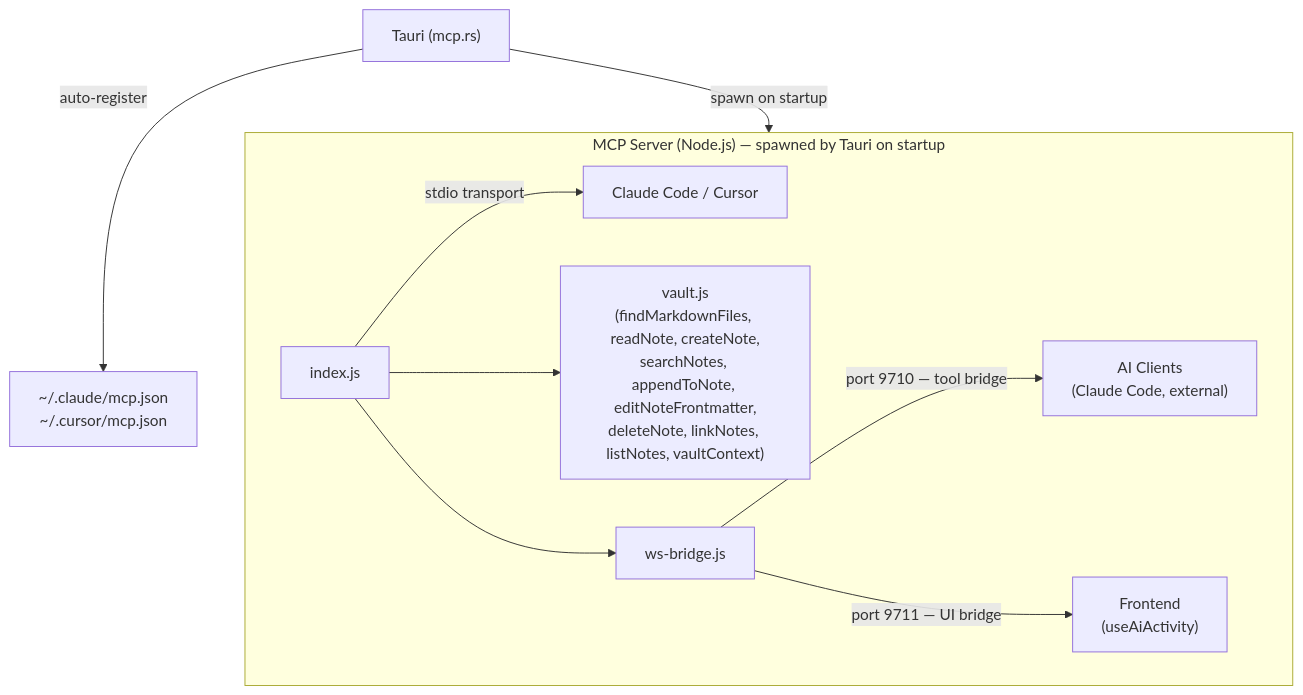
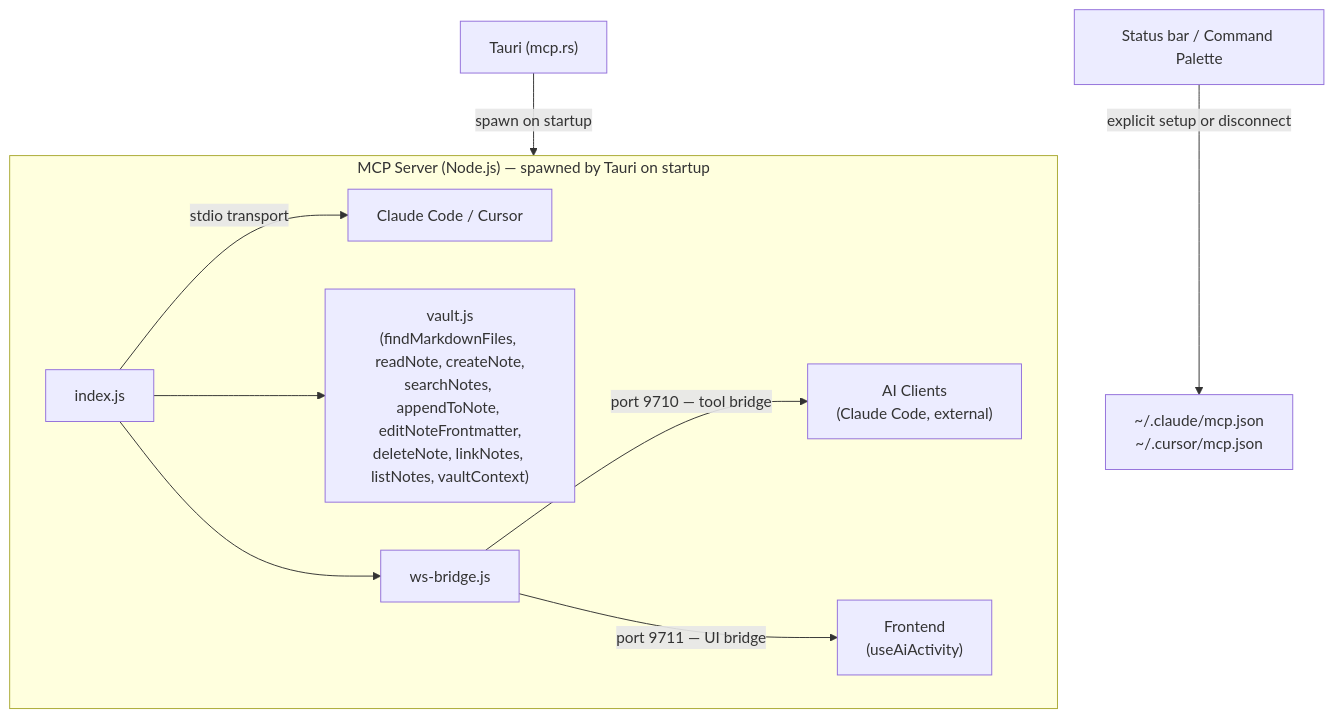
Before and after one commit to aimeritething/Fuwa: the fourth of 10 diagrams in docs/ARCHITECTURE.md, drawn with Mermaid. The commit also changed other lines of this file and 20 other files, not shown here.

````diff
--- a/docs/ARCHITECTURE.md
+++ b/docs/ARCHITECTURE.md
@@ -318,17 +318,17 @@
 ```mermaid
 flowchart TD
     subgraph MCP["MCP Server (Node.js) — spawned by Tauri on startup"]
         IDX["index.js"]
         VAULT["vault.js\n(findMarkdownFiles, readNote, createNote,\nsearchNotes, appendToNote, editNoteFrontmatter,\ndeleteNote, linkNotes, listNotes, vaultContext)"]
         WSB["ws-bridge.js"]
 
         IDX -->|"stdio transport"| STDIO["Claude Code / Cursor"]
         IDX --> VAULT
         IDX --> WSB
         WSB -->|"port 9710 — tool bridge"| AI["AI Clients\n(Claude Code, external)"]
         WSB -->|"port 9711 — UI bridge"| FE["Frontend\n(useAiActivity)"]
     end
 
     TAURI["Tauri (mcp.rs)"] -->|"spawn on startup"| MCP
-    TAURI -->|"auto-register"| CFG["~/.claude/mcp.json\n~/.cursor/mcp.json"]
+    UI["Status bar / Command Palette"] -->|"explicit setup or disconnect"| CFG["~/.claude/mcp.json\n~/.cursor/mcp.json"]
 ```
````
